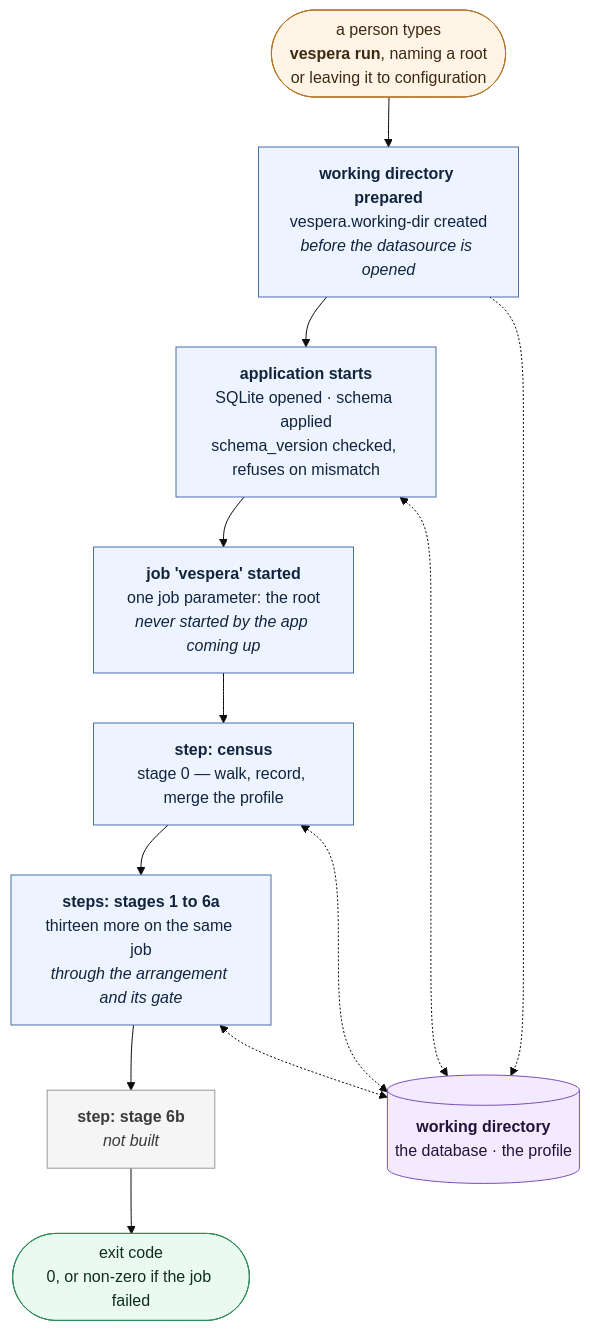
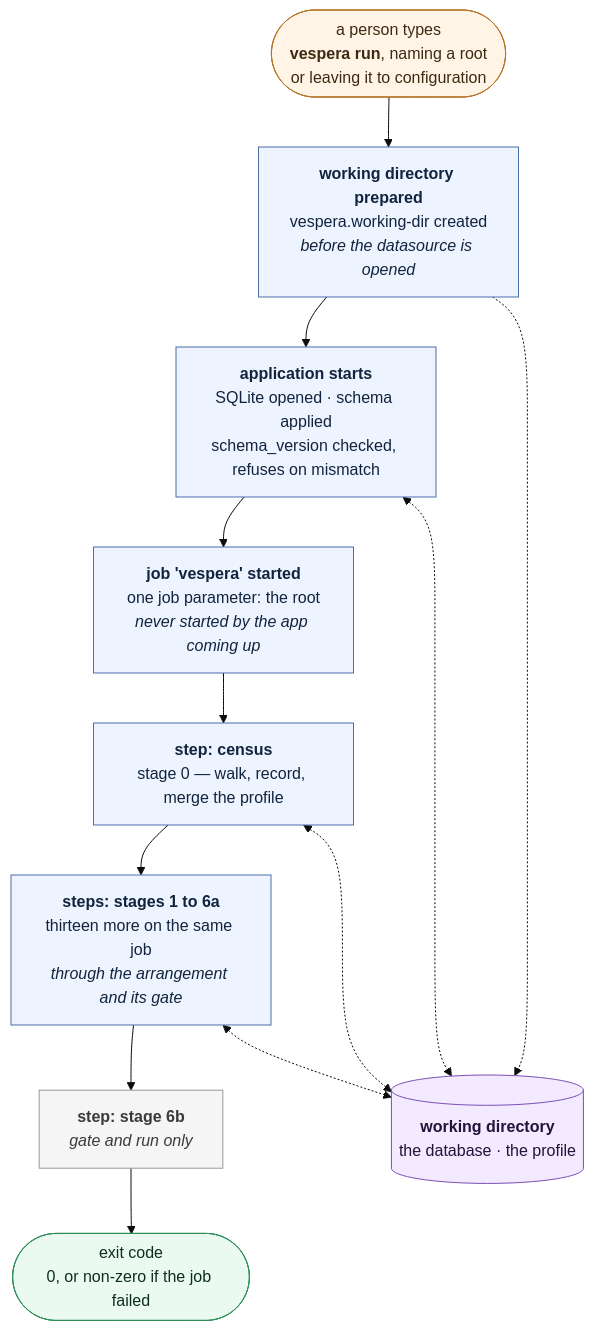
Before and after one commit to algernon28/vespera: the fifth of 6 diagrams in docs/architecture.md, drawn with Mermaid (base theme). The commit also changed other lines of this file and 12 other files, not shown here.

First line of the commit message:
Apply the architect's amendments to what shipped in #193 (#195)

````diff
--- a/docs/architecture.md
+++ b/docs/architecture.md
@@ -244,32 +244,32 @@
 ```mermaid
 flowchart TD
     OP(["a person types<br/><b>vespera run</b>, naming a root<br/>or leaving it to configuration"])
     PREP["<b>working directory prepared</b><br/>vespera.working-dir created<br/><i>before the datasource is opened</i>"]
     BOOT["<b>application starts</b><br/>SQLite opened · schema applied<br/>schema_version checked, refuses on mismatch"]
     JOB["<b>job 'vespera' started</b><br/>one job parameter: the root<br/><i>never started by the app coming up</i>"]
     S0["<b>step: census</b><br/>stage 0 — walk, record, merge the profile"]
     LATER["<b>steps: stages 1 to 6a</b><br/>thirteen more on the same job<br/><i>through the arrangement and its gate</i>"]
-    S6BSTEP["<b>step: stage 6b</b><br/><i>not built</i>"]
+    S6BSTEP["<b>step: stage 6b</b><br/><i>gate and run only</i>"]
     EXIT(["exit code<br/>0, or non-zero if the job failed"])
 
 
     STORE[("<b>working directory</b><br/>the database · the profile")]
 
     OP --> PREP --> BOOT --> JOB --> S0 --> LATER --> S6BSTEP --> EXIT
 
     PREP -.-> STORE
     BOOT <-.-> STORE
     S0 <-.-> STORE
     LATER <-.-> STORE
 
     classDef human fill:#fff4e6,stroke:#b5762a,color:#3d2a12
     classDef step fill:#eef4ff,stroke:#4a6fa5,color:#12243d
     classDef later fill:#f5f5f5,stroke:#9a9a9a,color:#3a3a3a
     classDef store fill:#f3eaff,stroke:#7a4fb5,color:#241238
     classDef out fill:#eafaf1,stroke:#2f8f5b,color:#0f2e1e
     class OP human
     class PREP,BOOT,JOB,S0,LATER step
     class S6BSTEP later
     class STORE store
     class EXIT out
 ```
````
